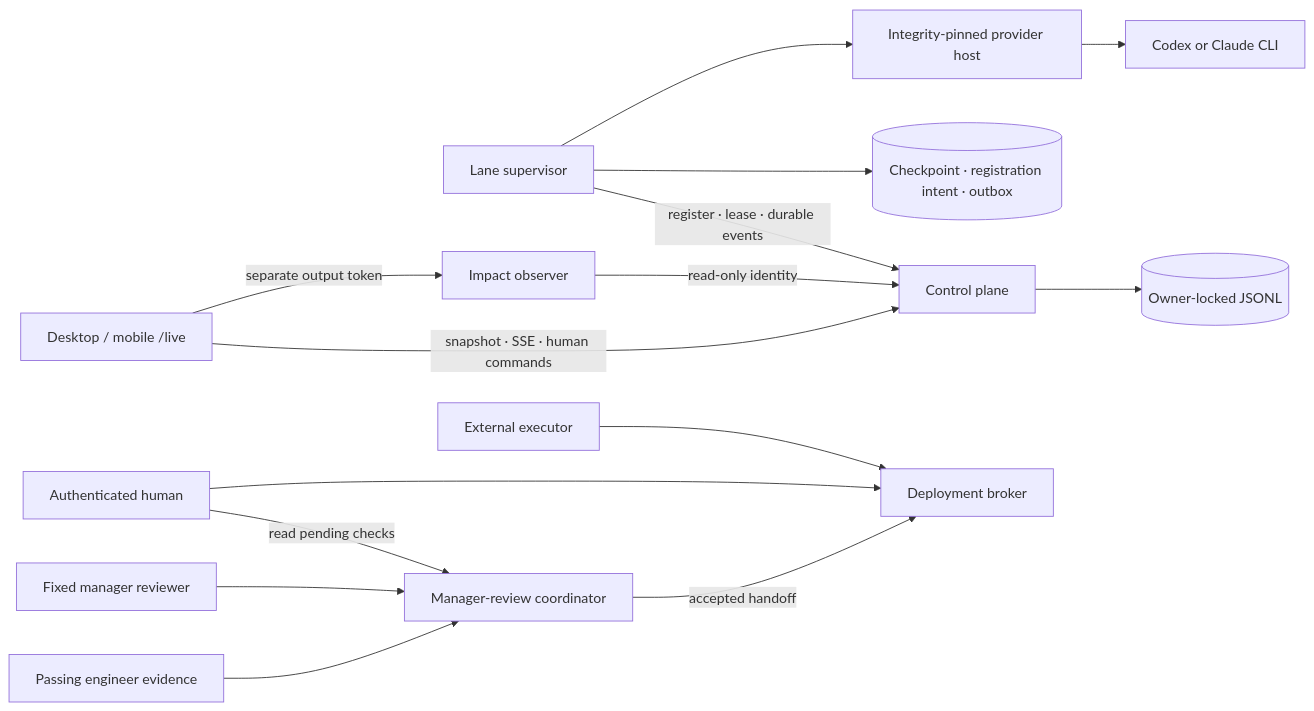
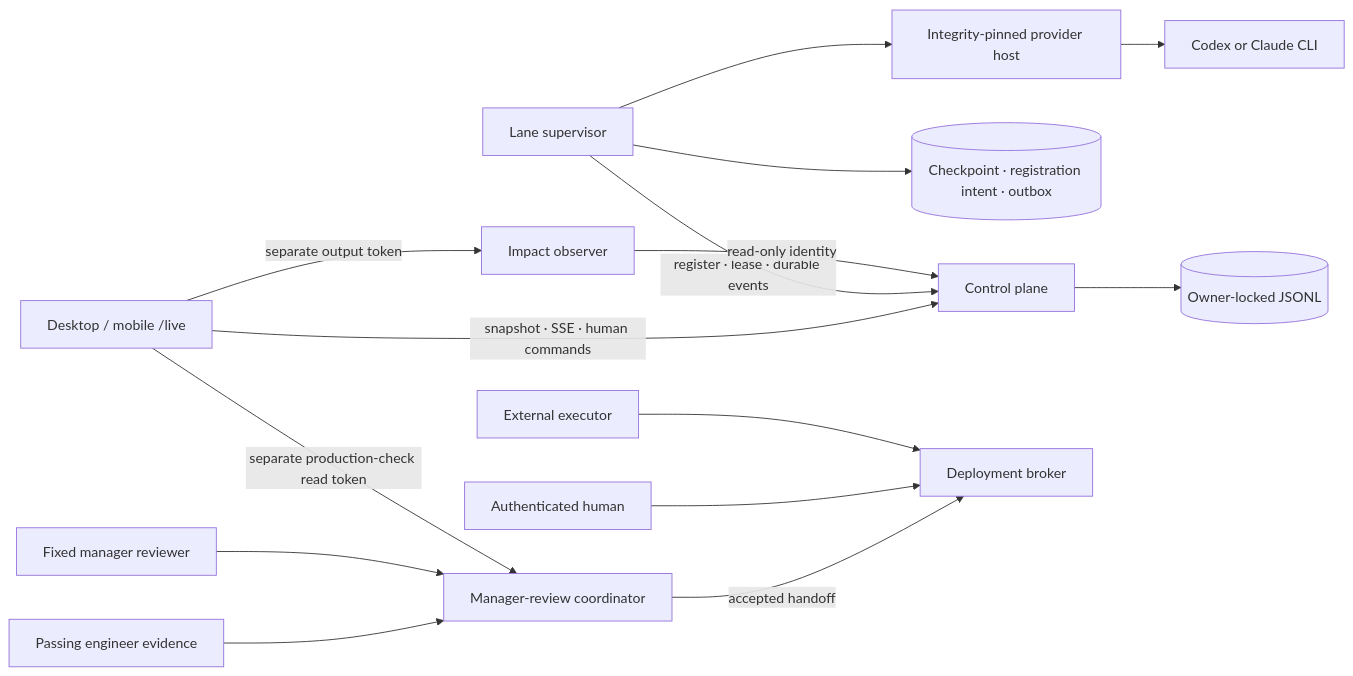
One commit to jsongga/nexus-seventeen changed the diagram in README.md. Above: the diagram before and after it, drawn with Mermaid. The commit also changed other lines of this file and 25 other files, not shown here.

Commit message:
[steward] fence manager reviews and expose human checks

````diff
--- a/README.md
+++ b/README.md
@@ -21,17 +22,17 @@
 ```mermaid
 flowchart LR
     UI[Desktop / mobile /live] -->|snapshot · SSE · human commands| CP[Control plane]
     SUP[Lane supervisor] -->|register · lease · durable events| CP
     CP --> LOG[(Owner-locked JSONL)]
     SUP --> OUT[(Checkpoint · registration intent · outbox)]
     SUP --> HOST[Integrity-pinned provider host]
     HOST --> CLI[Codex or Claude CLI]
     OBS[Impact observer] -->|read-only identity| CP
     UI -->|separate output token| OBS
     EVID[Passing engineer evidence] --> REVIEW[Manager-review coordinator]
     MANAGER[Fixed manager reviewer] --> REVIEW
+    UI -->|separate production-check read token| REVIEW
     REVIEW -->|accepted handoff| BROKER[Deployment broker]
-    HUMAN -->|read pending checks| REVIEW
     HUMAN[Authenticated human] --> BROKER
     EXEC[External executor] --> BROKER
 ```
````
